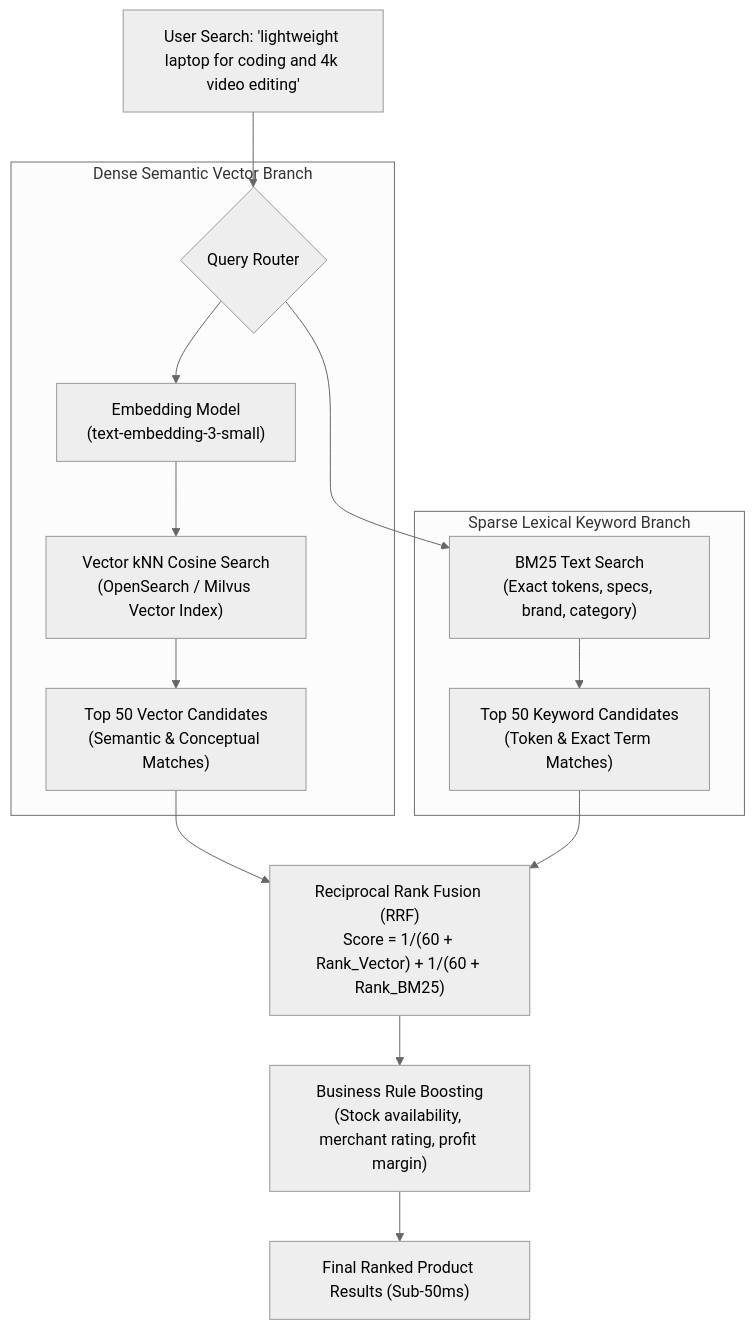
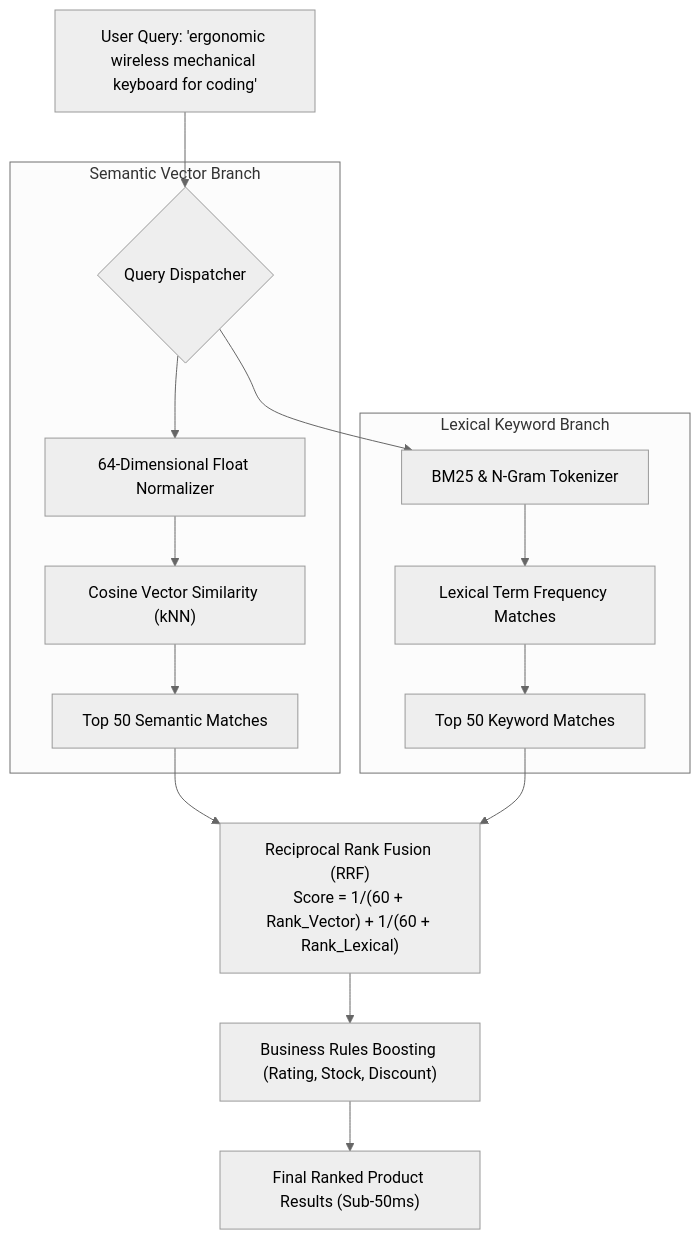
Before and after one commit to Next-Gen-Coder-2007/E-Commerce: the sixth of 6 diagrams in README.md, drawn with Mermaid (neutral theme). The commit also changed other lines of this file and 5 other files, not shown here.

````diff
--- a/README.md
+++ b/README.md
@@ -496,21 +337,21 @@
 ```mermaid
 flowchart TD
-    UserQuery["User Search: 'lightweight laptop for coding and 4k video editing'"] --> QueryRouter{"Query Router"}
+    Query["User Query: 'ergonomic wireless mechanical keyboard for coding'"] --> Router{"Query Dispatcher"}
     
-    subgraph VectorBranch["Dense Semantic Vector Branch"]
-        QueryRouter --> Embedder["Embedding Model\n(text-embedding-3-small)"]
-        Embedder --> VectorSearch["Vector kNN Cosine Search\n(OpenSearch / Milvus Vector Index)"]
-        VectorSearch --> VectorCandidates["Top 50 Vector Candidates\n(Semantic & Conceptual Matches)"]
+    subgraph VectorPath["Semantic Vector Branch"]
+        Router --> Encoder["64-Dimensional Float Normalizer"]
+        Encoder --> VectorSim["Cosine Vector Similarity (kNN)"]
+        VectorSim --> TopVector["Top 50 Semantic Matches"]
     end
 
-    subgraph LexicalBranch["Sparse Lexical Keyword Branch"]
-        QueryRouter --> BM25Search["BM25 Text Search\n(Exact tokens, specs, brand, category)"]
-        BM25Search --> BM25Candidates["Top 50 Keyword Candidates\n(Token & Exact Term Matches)"]
+    subgraph LexicalPath["Lexical Keyword Branch"]
+        Router --> Tokenizer["BM25 & N-Gram Tokenizer"]
+        Tokenizer --> BM25Sim["Lexical Term Frequency Matches"]
+        BM25Sim --> TopLexical["Top 50 Keyword Matches"]
     end
 
-    VectorCandidates --> RRF["Reciprocal Rank Fusion (RRF)\nScore = 1/(60 + Rank_Vector) + 1/(60 + Rank_BM25)"]
-    BM25Candidates --> RRF
-
-    RRF --> BusinessBooster["Business Rule Boosting\n(Stock availability, merchant rating, profit margin)"]
-    BusinessBooster --> FinalRankedList["Final Ranked Product Results (Sub-50ms)"]
+    TopVector --> RRF["Reciprocal Rank Fusion (RRF)\nScore = 1/(60 + Rank_Vector) + 1/(60 + Rank_Lexical)"]
+    TopLexical --> RRF
+    RRF --> Boost["Business Rules Boosting (Rating, Stock, Discount)"]
+    Boost --> FinalResults["Final Ranked Product Results (Sub-50ms)"]
 ```
````
